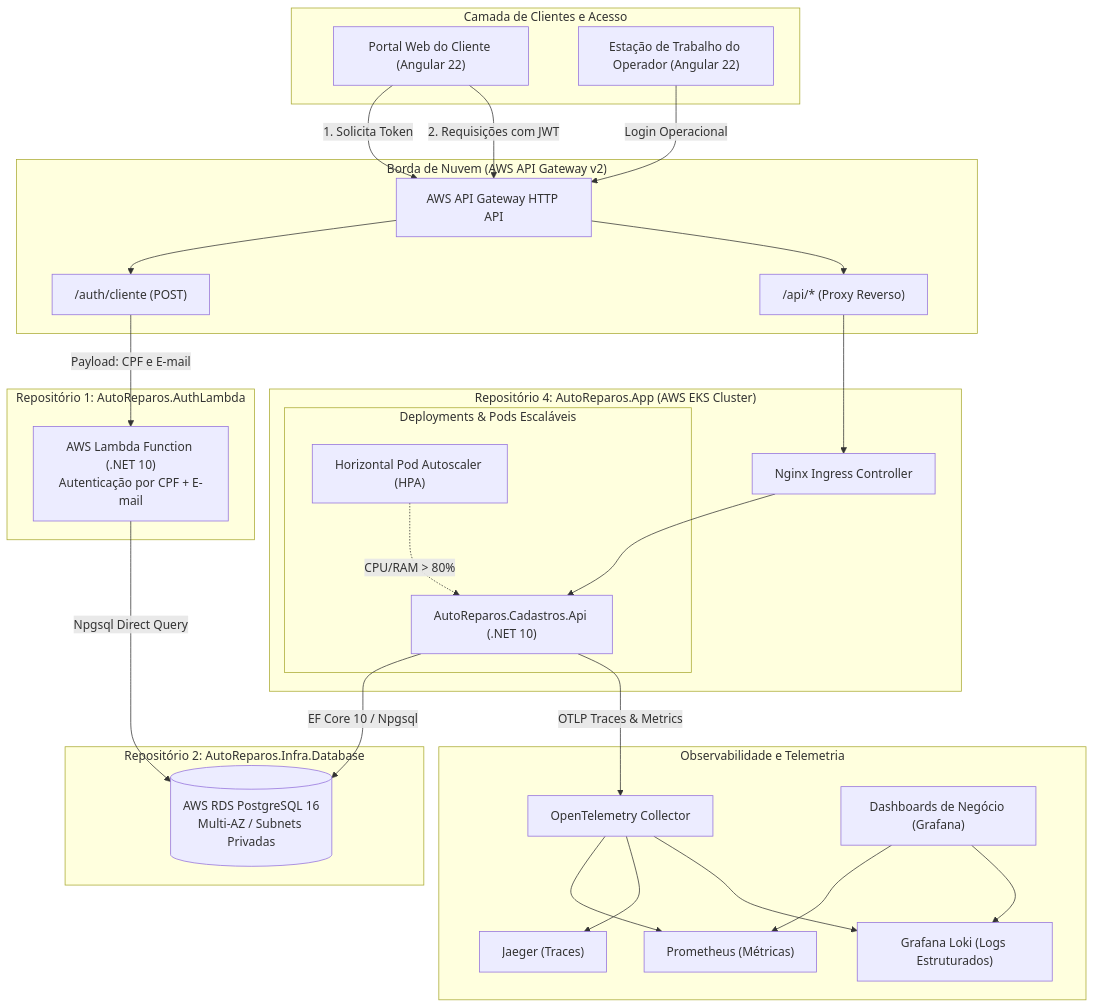
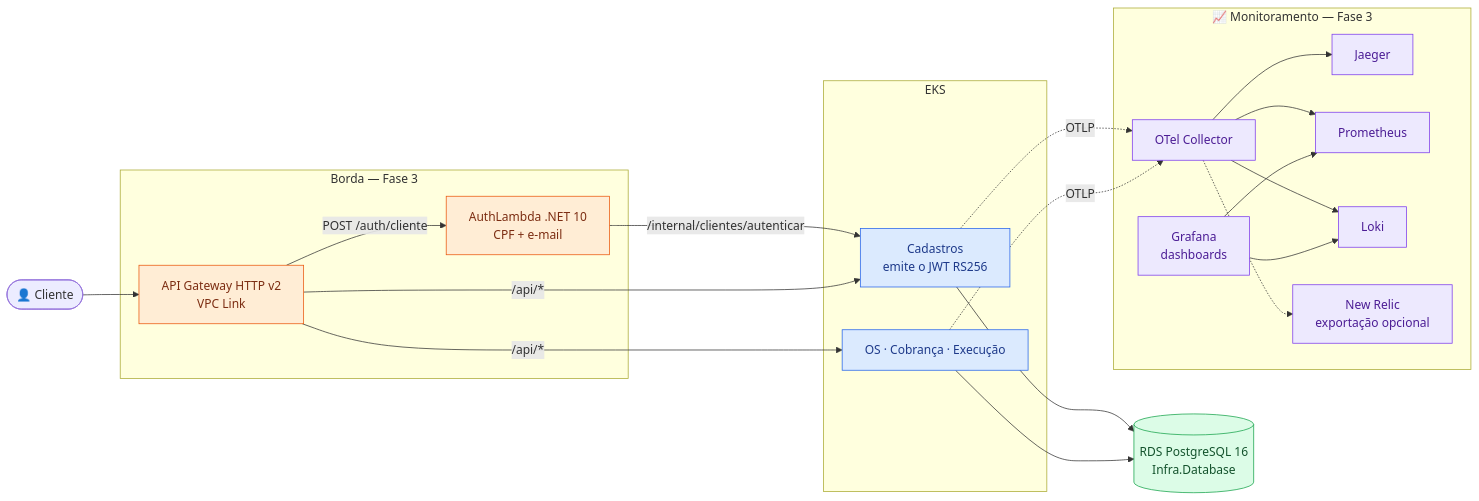
Before and after one commit to Grupo78-PosTech-15SOAT/AutoReparos: the sixth of 15 diagrams in README.md, drawn with Mermaid. The commit also changed other lines of this file and 5 other files, not shown here.

Commit message:
📝 reescreve os readmes do pai com a evolução das fases e a arquitetura da fase 4

````diff
--- a/README.md
+++ b/README.md
@@ -162,53 +282,45 @@
 ```mermaid
-graph TB
-    subgraph Clients["Camada de Clientes e Acesso"]
-        Browser["Portal Web do Cliente (Angular 22)"]
-        Operator["Estação de Trabalho do Operador (Angular 22)"]
+flowchart LR
+    Cli(["👤 Cliente"])
+    subgraph Borda["Borda — Fase 3"]
+        GW["API Gateway HTTP v2<br/>VPC Link"]
+        L["AuthLambda .NET 10<br/>CPF + e-mail"]
+    end
+    subgraph App["EKS"]
+        Cad["Cadastros<br/>emite o JWT RS256"]
+        Svcs["OS · Cobrança · Execução"]
+    end
+    RDS[("RDS PostgreSQL 16<br/>Infra.Database")]
+    subgraph Mon["📈 Monitoramento — Fase 3"]
+        Col["OTel Collector"]
+        Graf["Grafana<br/>dashboards"]
+        Jae["Jaeger"]
+        Prom["Prometheus"]
+        Lok["Loki"]
+        NR["New Relic<br/>exportação opcional"]
     end
 
-    subgraph Edge["Borda de Nuvem (AWS API Gateway v2)"]
-        APIGW["AWS API Gateway HTTP API"]
-        RouteAuth["/auth/cliente (POST)"]
-        RouteCore["/api/* (Proxy Reverso)"]
-        APIGW --> RouteAuth
-        APIGW --> RouteCore
-    end
+    Cli --> GW
+    GW -->|"POST /auth/cliente"| L
+    L -->|"/internal/clientes/autenticar"| Cad
+    GW -->|"/api/*"| Cad
+    GW -->|"/api/*"| Svcs
+    Cad --> RDS
+    Svcs --> RDS
+    Cad & Svcs -.->|"OTLP"| Col
+    Col --> Jae
+    Col --> Prom
+    Col --> Lok
+    Col -.-> NR
+    Graf --> Prom
+    Graf --> Lok
 
-    subgraph ServerlessModule["Repositório 1: AutoReparos.AuthLambda"]
-        Lambda["AWS Lambda Function (.NET 10)<br/>Autenticação por CPF + E-mail"]
-        RouteAuth -->|"Payload: CPF e E-mail"| Lambda
-    end
-
-    subgraph AppCluster["Repositório 4: AutoReparos.App (AWS EKS Cluster)"]
-        Ingress["Nginx Ingress Controller"]
-        RouteCore --> Ingress
-        
-        subgraph Pods["Deployments & Pods Escaláveis"]
-            APIService["AutoReparos.Cadastros.Api (.NET 10)"]
-            HPA["Horizontal Pod Autoscaler (HPA)"]
-            HPA -.->|CPU/RAM > 80%| APIService
-        end
-        Ingress --> APIService
-    end
-
-    subgraph DatabaseModule["Repositório 2: AutoReparos.Infra.Database"]
-        RDS[("AWS RDS PostgreSQL 16<br/>Multi-AZ / Subnets Privadas")]
-        Lambda -->|Npgsql Direct Query| RDS
-        APIService -->|EF Core 10 / Npgsql| RDS
-    end
-
-    subgraph Observability["Observabilidade e Telemetria"]
-        OTel["OpenTelemetry Collector"]
-        APIService -->|OTLP Traces & Metrics| OTel
-        OTel --> Prom["Prometheus (Métricas)"]
-        OTel --> Jaeger["Jaeger (Traces)"]
-        OTel --> Loki["Grafana Loki (Logs Estruturados)"]
-        Grafana["Dashboards de Negócio (Grafana)"]
-        Grafana --> Prom
-        Grafana --> Loki
-    end
-
-    Browser -->|1. Solicita Token| APIGW
-    Browser -->|2. Requisições com JWT| APIGW
-    Operator -->|Login Operacional| APIGW
+    classDef edge fill:#ffedd5,stroke:#ea580c,color:#7c2d12
+    classDef svc fill:#dbeafe,stroke:#2563eb,color:#1e3a8a
+    classDef db fill:#dcfce7,stroke:#16a34a,color:#14532d
+    classDef mon fill:#ede9fe,stroke:#7c3aed,color:#4c1d95
+    class GW,L edge
+    class Cad,Svcs svc
+    class RDS db
+    class Col,Graf,Jae,Prom,Lok,NR mon
 ```
````
